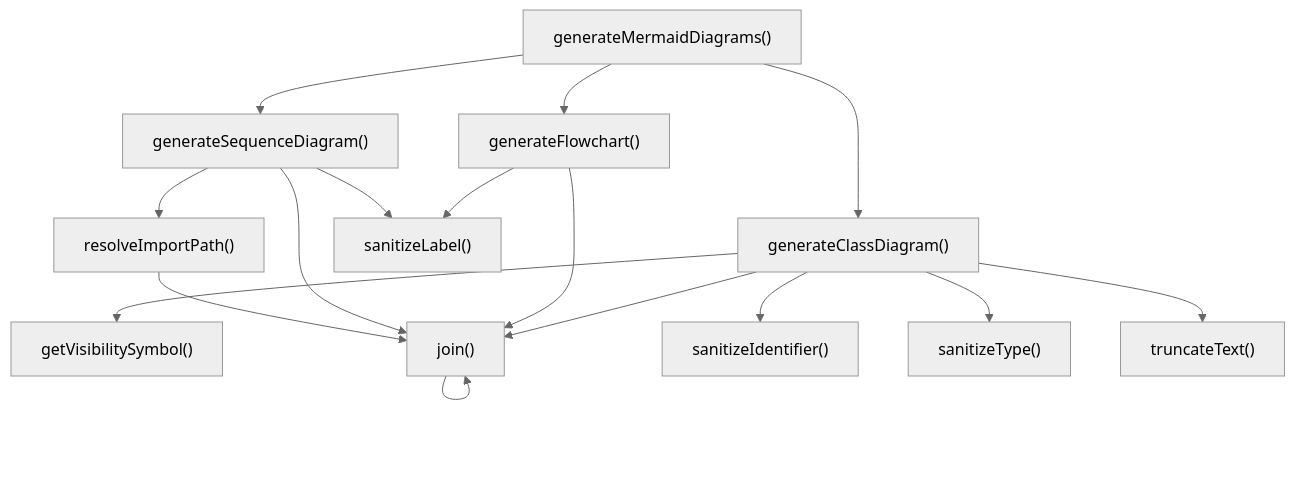
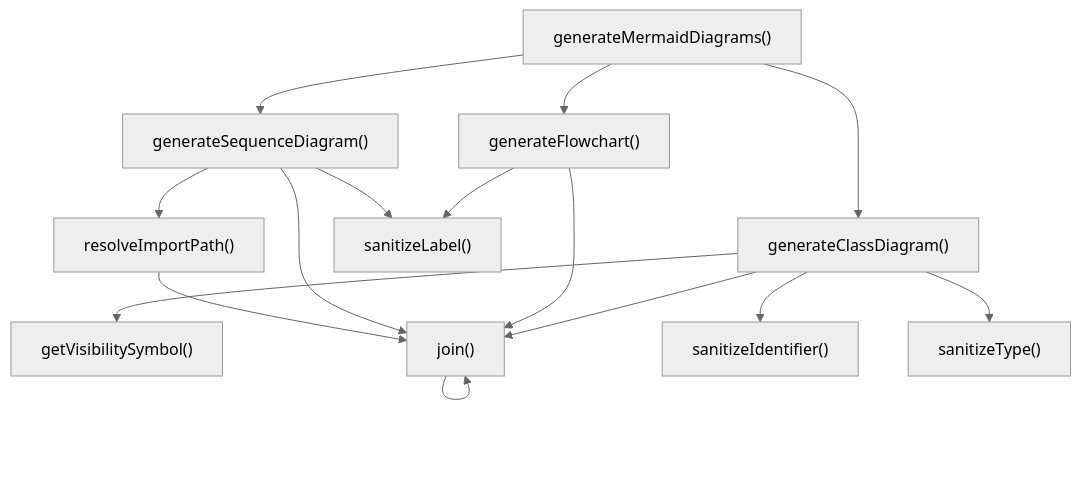
Before and after one commit to Mekann2904/mekann: the third of 3 diagrams in ABDD/.pi/extensions/code-structure-analyzer/tools/generate-diagrams.md, drawn with Mermaid (neutral theme). The commit also changed other lines of this file and 205 other files, not shown here.

````diff
--- a/ABDD/.pi/extensions/code-structure-analyzer/tools/generate-diagrams.md
+++ b/ABDD/.pi/extensions/code-structure-analyzer/tools/generate-diagrams.md
@@ -64,29 +66,27 @@
 ```mermaid
 flowchart TD
   generateClassDiagram["generateClassDiagram()"]
   generateFlowchart["generateFlowchart()"]
   generateMermaidDiagrams["generateMermaidDiagrams()"]
   generateSequenceDiagram["generateSequenceDiagram()"]
   getVisibilitySymbol["getVisibilitySymbol()"]
   join["join()"]
   resolveImportPath["resolveImportPath()"]
   sanitizeIdentifier["sanitizeIdentifier()"]
   sanitizeLabel["sanitizeLabel()"]
   sanitizeType["sanitizeType()"]
-  truncateText["truncateText()"]
   generateClassDiagram --> getVisibilitySymbol
   generateClassDiagram --> join
   generateClassDiagram --> sanitizeIdentifier
   generateClassDiagram --> sanitizeType
-  generateClassDiagram --> truncateText
   generateFlowchart --> join
   generateFlowchart --> sanitizeLabel
   generateMermaidDiagrams --> generateClassDiagram
   generateMermaidDiagrams --> generateFlowchart
   generateMermaidDiagrams --> generateSequenceDiagram
   generateSequenceDiagram --> join
   generateSequenceDiagram --> resolveImportPath
   generateSequenceDiagram --> sanitizeLabel
   join --> join
   resolveImportPath --> join
 ```
````
